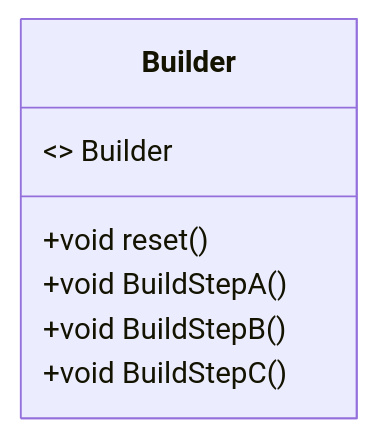
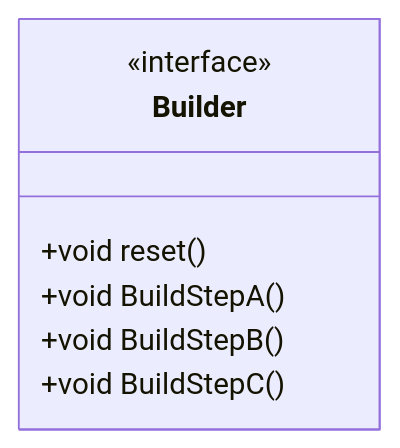
The diagram in Builder/README.md (kirolossedra/Creational-Design-Patterns), drawn with Mermaid before and after one commit.

````diff
--- a/Builder/README.md
+++ b/Builder/README.md
@@ -2,12 +2,12 @@
 ```mermaid
 classDiagram
 
 class Builder{
-<<interface>> Builder
+<<interface>> 
     +void reset()
     +void BuildStepA()
     +void BuildStepB()
     +void BuildStepC()
 }
 
 ```
````
